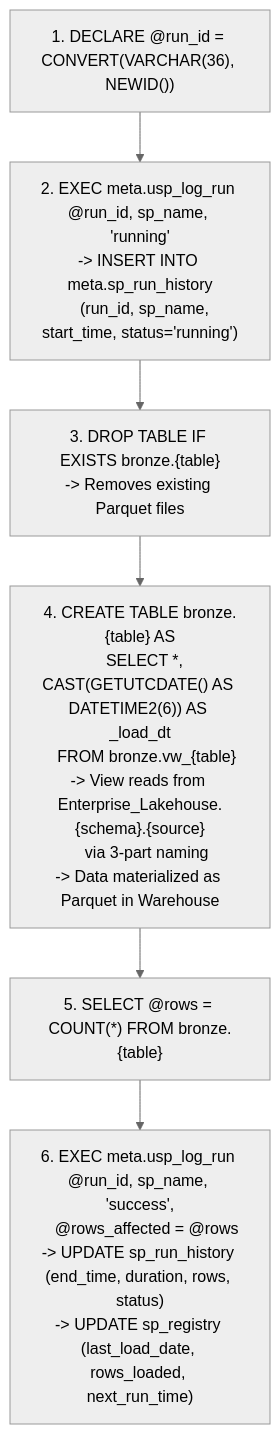
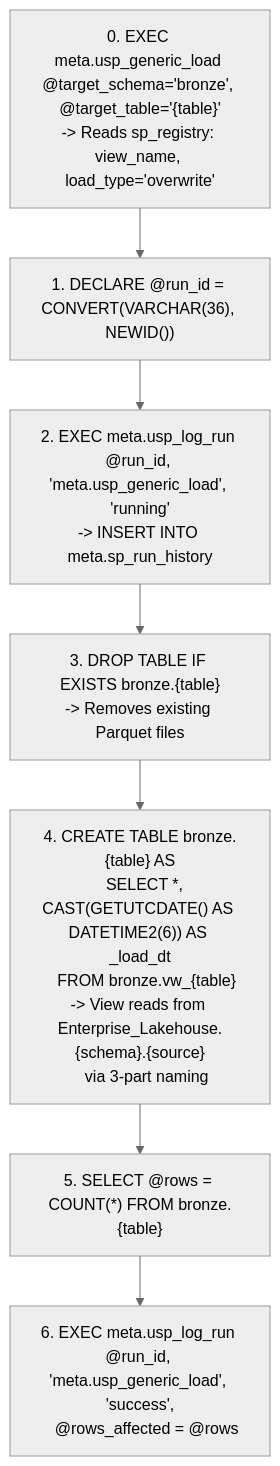
Before and after one commit to ankinguyen-engineer-2002/Fabric-v9-Warehouse-Medallion: the second of 11 diagrams in Fabric_Architect/v9_pipeline_supplychain.md, drawn with Mermaid (neutral theme). The commit also changed other lines of this file and 7 other files, not shown here.

First line of the commit message:
Generic SP migration: 28 per-table SPs → 1 meta.usp_generic_load

````diff
--- a/Fabric_Architect/v9_pipeline_supplychain.md
+++ b/Fabric_Architect/v9_pipeline_supplychain.md
@@ -89,11 +89,12 @@
 ```mermaid
 flowchart TD
+    S0["0. EXEC meta.usp_generic_load @target_schema='bronze', @target_table='{table}'\n-> Reads sp_registry: view_name, load_type='overwrite'"]
     S1["1. DECLARE @run_id = CONVERT(VARCHAR(36), NEWID())"]
-    S2["2. EXEC meta.usp_log_run @run_id, sp_name, 'running'\n-> INSERT INTO meta.sp_run_history\n   (run_id, sp_name, start_time, status='running')"]
+    S2["2. EXEC meta.usp_log_run @run_id, 'meta.usp_generic_load', 'running'\n-> INSERT INTO meta.sp_run_history"]
     S3["3. DROP TABLE IF EXISTS bronze.{table}\n-> Removes existing Parquet files"]
-    S4["4. CREATE TABLE bronze.{table} AS\n   SELECT *, CAST(GETUTCDATE() AS DATETIME2(6)) AS _load_dt\n   FROM bronze.vw_{table}\n-> View reads from Enterprise_Lakehouse.{schema}.{source}\n   via 3-part naming\n-> Data materialized as Parquet in Warehouse"]
+    S4["4. CREATE TABLE bronze.{table} AS\n   SELECT *, CAST(GETUTCDATE() AS DATETIME2(6)) AS _load_dt\n   FROM bronze.vw_{table}\n-> View reads from Enterprise_Lakehouse.{schema}.{source}\n   via 3-part naming"]
     S5["5. SELECT @rows = COUNT(*) FROM bronze.{table}"]
-    S6["6. EXEC meta.usp_log_run @run_id, sp_name, 'success',\n   @rows_affected = @rows\n-> UPDATE sp_run_history (end_time, duration, rows, status)\n-> UPDATE sp_registry (last_load_date, rows_loaded, next_run_time)"]
+    S6["6. EXEC meta.usp_log_run @run_id, 'meta.usp_generic_load', 'success',\n   @rows_affected = @rows"]
 
-    S1 --> S2 --> S3 --> S4 --> S5 --> S6
+    S0 --> S1 --> S2 --> S3 --> S4 --> S5 --> S6
 ```
````
